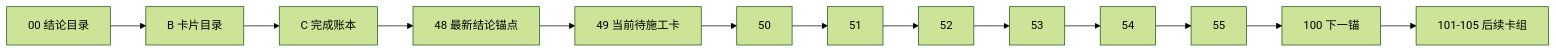
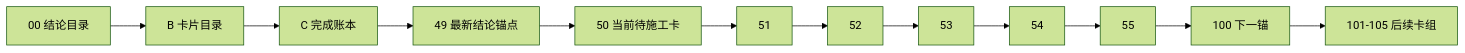
One commit to everything-is-simple/lifespan-0.01 changed the diagram in docs/03-execution/A-execution-reading-order-20260409.md. Above: the diagram before and after it, drawn with Mermaid (forest theme). The commit also changed other lines of this file and 17 other files, not shown here.

````diff
--- a/docs/03-execution/A-execution-reading-order-20260409.md
+++ b/docs/03-execution/A-execution-reading-order-20260409.md
@@ -34,15 +33,14 @@
 ```mermaid
 flowchart LR
     CONC["00 结论目录"] --> BCAT["B 卡片目录"]
     BCAT --> CLED["C 完成账本"]
-    CLED --> ANC["48 最新结论锚点"]
-    ANC --> G49["49 当前待施工卡"]
-    G49 --> G50["50"]
+    CLED --> ANC["49 最新结论锚点"]
+    ANC --> G50["50 当前待施工卡"]
     G50 --> G51["51"]
     G51 --> G52["52"]
     G52 --> G53["53"]
     G53 --> G54["54"]
     G54 --> G55["55"]
     G55 --> NEXT["100 下一锚"]
     NEXT --> POST["101-105 后续卡组"]
 ```
````
